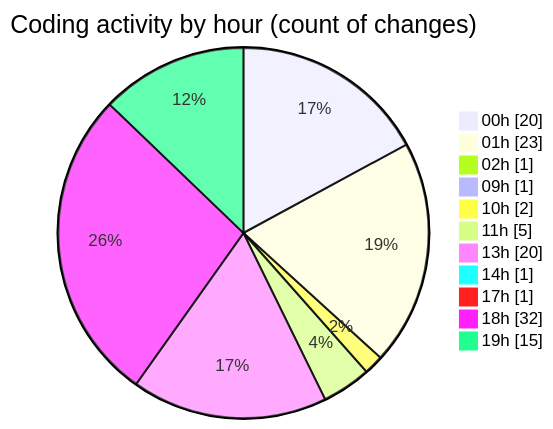
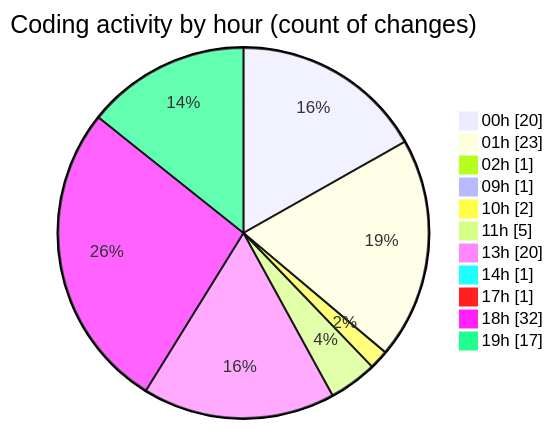
The second of 2 diagrams in 2025-10-16/eventscop-frontend-guide__workspace_/README.md (julien-gomy/code-tracking), drawn with Mermaid before and after one commit. The commit also changed other lines of this file and 1 other file, not shown here.

````diff
--- a/2025-10-16/eventscop-frontend-guide__workspace_/README.md
+++ b/2025-10-16/eventscop-frontend-guide__workspace_/README.md
@@ -62,15 +63,15 @@
 ```mermaid
 pie showData
 title Coding activity by hour (count of changes)
 "00h" : 20
 "01h" : 23
 "02h" : 1
 "09h" : 1
 "10h" : 2
 "11h" : 5
 "13h" : 20
 "14h" : 1
 "17h" : 1
 "18h" : 32
-"19h" : 15
+"19h" : 17
 ```
````
